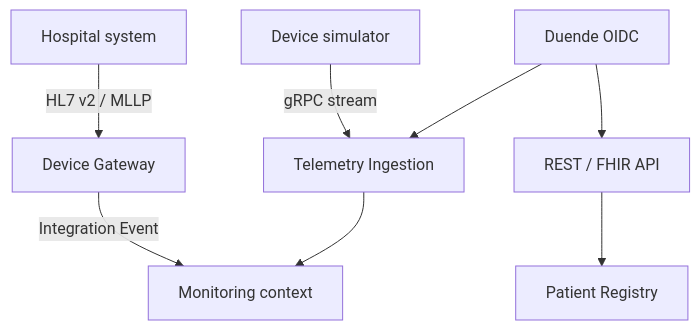
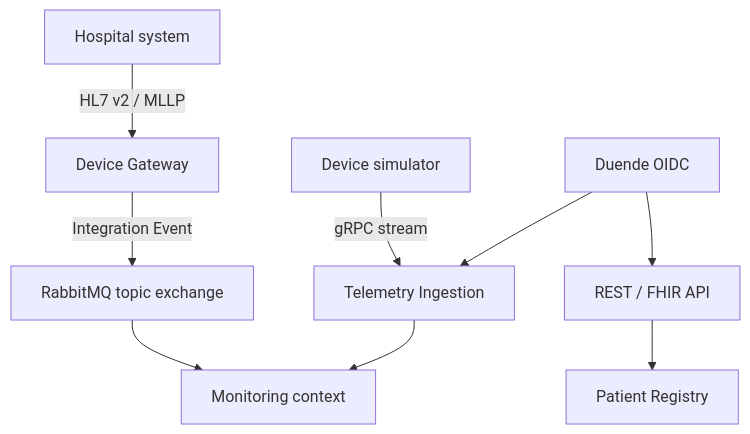
The diagram in README.md (HasdrubalTn/pulseguard-platform), drawn with Mermaid before and after one commit. The commit also changed other lines of this file and 24 other files, not shown here.

````diff
--- a/README.md
+++ b/README.md
@@ -21,10 +21,11 @@
 ```mermaid
 flowchart TD
     HIS["Hospital system"] -->|"HL7 v2 / MLLP"| GW["Device Gateway"]
     DEV["Device simulator"] -->|"gRPC stream"| TEL["Telemetry Ingestion"]
-    GW -->|"Integration Event"| MON["Monitoring context"]
+    GW -->|"Integration Event"| RMQ["RabbitMQ topic exchange"]
+    RMQ --> MON["Monitoring context"]
     TEL --> MON
     API["REST / FHIR API"] --> PAT["Patient Registry"]
     OIDC["Duende OIDC"] --> API
     OIDC --> TEL
 ```
````
